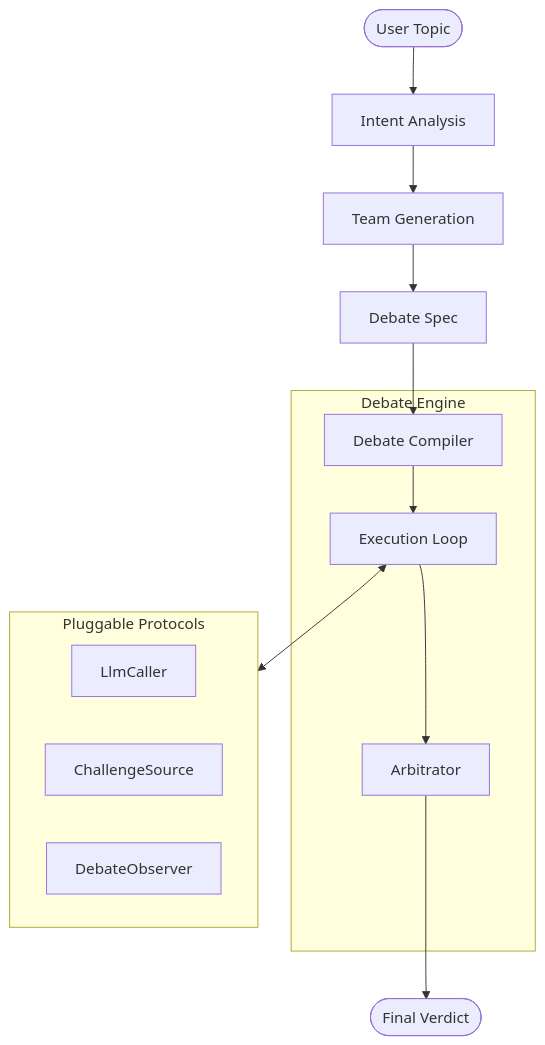
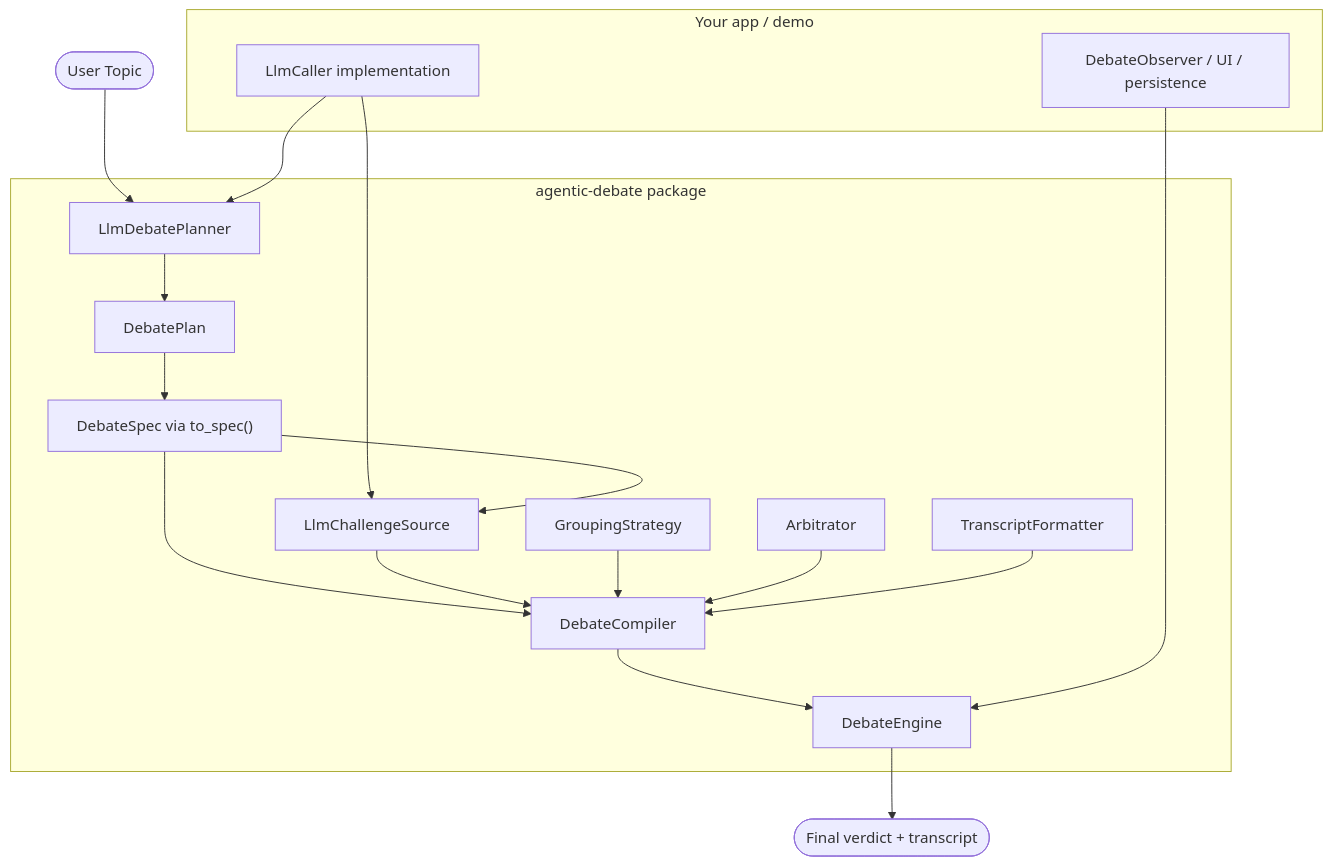
Before and after one commit to phamvuhoang/agentic-debate: the diagram in README.md, drawn with Mermaid. The commit also changed other lines of this file and 31 other files, not shown here.

````diff
--- a/README.md
+++ b/README.md
@@ -25,25 +21,35 @@
 ```mermaid
 graph TD
-    User([User Topic]) --> Intent[Intent Analysis]
-    Intent --> Team[Team Generation]
-    Team --> Spec[Debate Spec]
+    User([User Topic]) --> Planner["LlmDebatePlanner"]
+    Planner --> Plan["DebatePlan"]
+    Plan --> Spec["DebateSpec via to_spec()"]
     
-    subgraph Engine [Debate Engine]
-        Compiler[Debate Compiler]
-        Run[Execution Loop]
-        Arb[Arbitrator]
+    subgraph Package ["agentic-debate package"]
+        Planner
+        Plan
+        Spec
+        ChallengeSource["LlmChallengeSource"]
+        Compiler["DebateCompiler"]
+        Engine["DebateEngine"]
+        Grouping["GroupingStrategy"]
+        Arbitrator["Arbitrator"]
+        Transcript["TranscriptFormatter"]
     end
-    
+
+    subgraph Host ["Your app / demo"]
+        Caller["LlmCaller implementation"]
+        Observer["DebateObserver / UI / persistence"]
+    end
+
+    Caller --> Planner
+    Caller --> ChallengeSource
+    Spec --> ChallengeSource
     Spec --> Compiler
-    Compiler --> Run
-    
-    subgraph Protocols [Pluggable Protocols]
-        LlmCaller[LlmCaller]
-        ChallengeSource[ChallengeSource]
-        Observer[DebateObserver]
-    end
-    
-    Run <--> Protocols
-    Run --> Arb
-    Arb --> Result([Final Verdict])
+    ChallengeSource --> Compiler
+    Compiler --> Engine
+    Grouping --> Compiler
+    Arbitrator --> Compiler
+    Transcript --> Compiler
+    Observer --> Engine
+    Engine --> Result([Final verdict + transcript])
 ```
````
